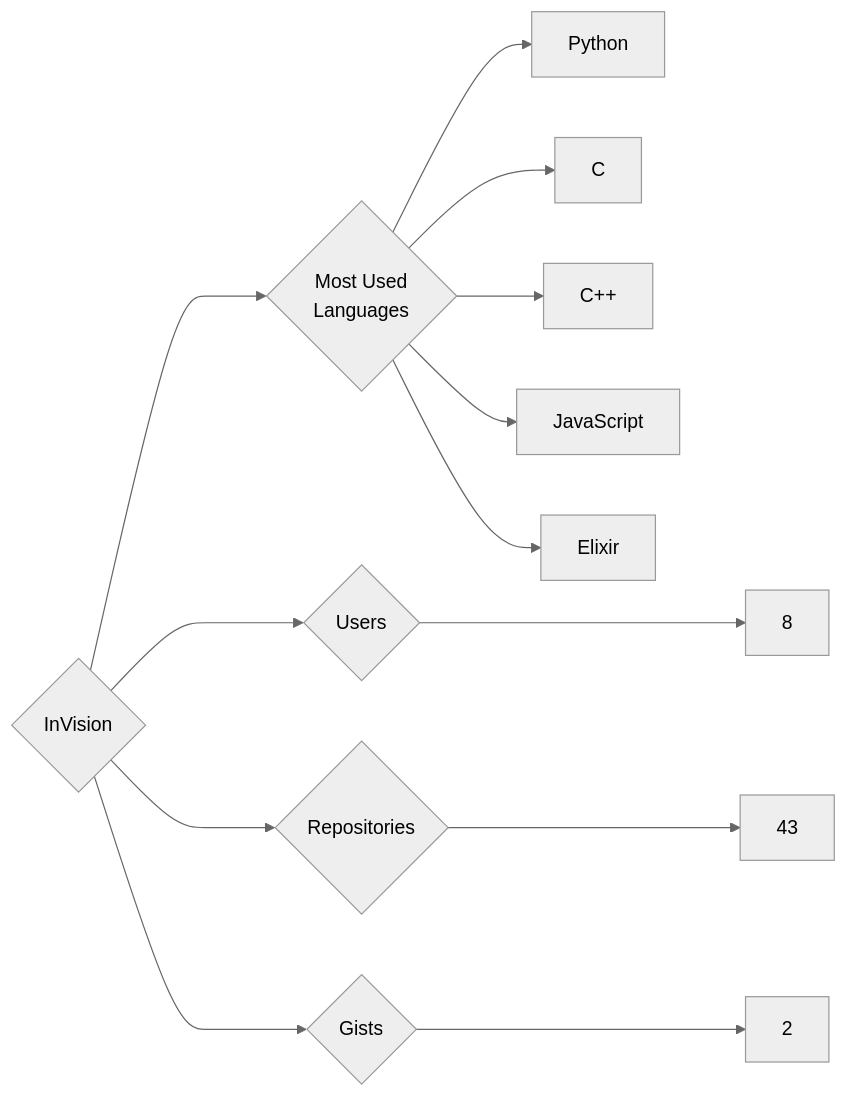
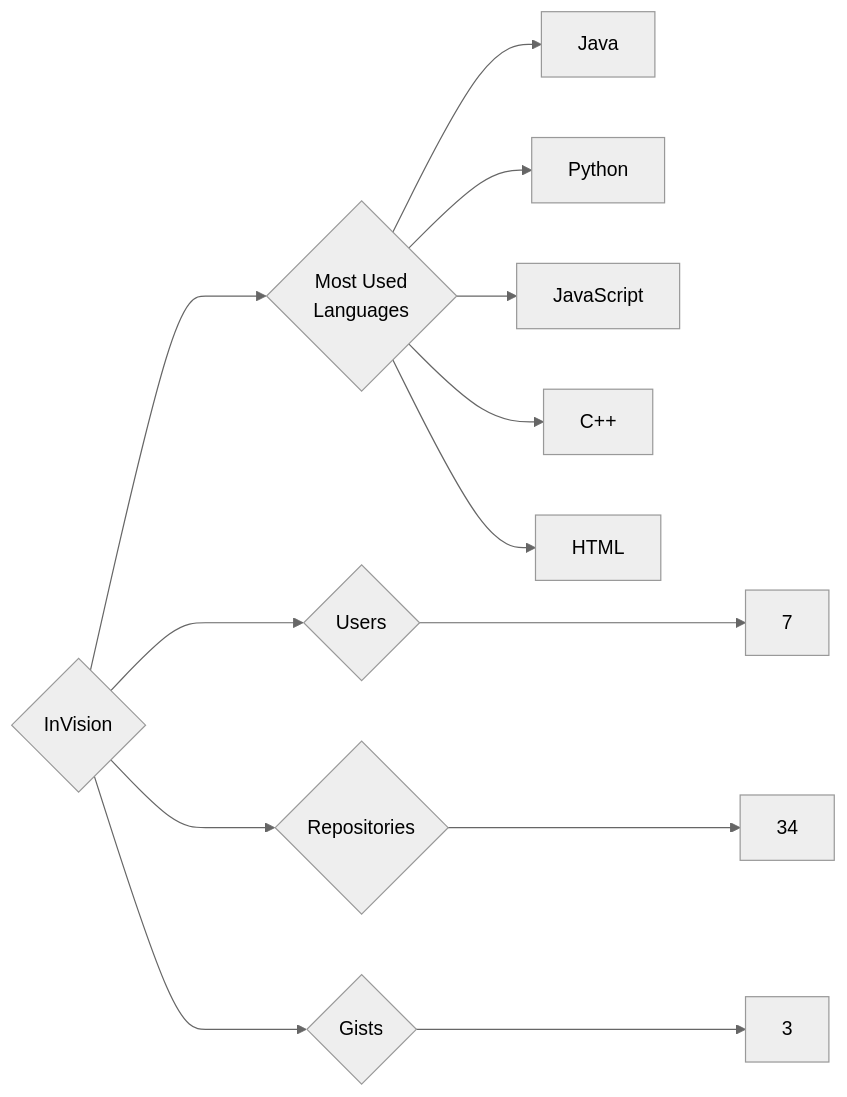
The diagram in targets/InVision/README.md (trickest/insiders), drawn with Mermaid (neutral theme) before and after one commit. The commit also changed 1078 other files, not shown here.

````diff
--- a/targets/InVision/README.md
+++ b/targets/InVision/README.md
@@ -3,13 +3,13 @@
 ```mermaid
 graph LR
 COMPANY_NAME{InVision}
-COMPANY_NAME ---> U{Users} ---> UN[8]
-COMPANY_NAME ---> R{Repositories} ---> RN[43]
-COMPANY_NAME ---> G{Gists} ---> GN[2]
+COMPANY_NAME ---> U{Users} ---> UN[7]
+COMPANY_NAME ---> R{Repositories} ---> RN[34]
+COMPANY_NAME ---> G{Gists} ---> GN[3]
 COMPANY_NAME ---> ML{Most Used<br>Languages}
+ML --> Java[Java]
 ML --> Python[Python]
-ML --> C[C]
+ML --> JavaScript[JavaScript]
 ML --> C++[C++]
-ML --> JavaScript[JavaScript]
-ML --> Elixir[Elixir]
+ML --> HTML[HTML]
 ```
````
